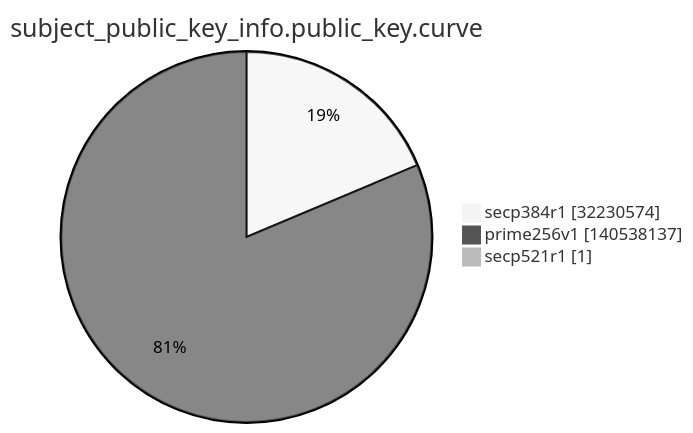
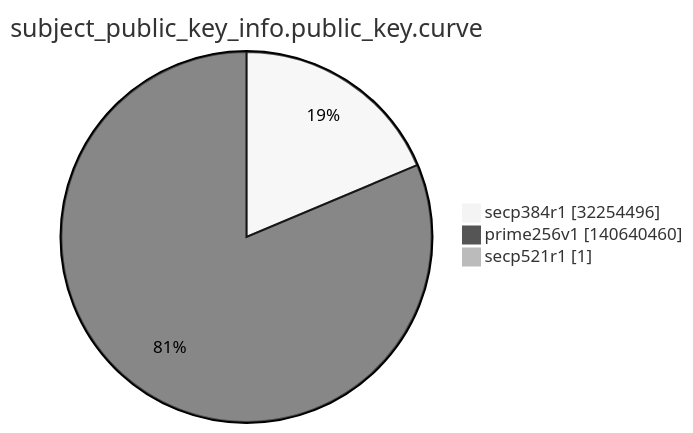
One commit to christiankrug/ctmonitor_visualization changed the ninth of 15 diagrams in argon2022/README.md. Above: the diagram before and after it, drawn with Mermaid (neutral theme). The commit also changed other lines of this file, not shown here.

````diff
--- a/argon2022/README.md
+++ b/argon2022/README.md
@@ -2762,7 +2762,7 @@
 ```mermaid
 pie showData
 title subject_public_key_info.public_key.curve
-"secp384r1" :32230574
-"prime256v1" :140538137
+"secp384r1" :32254496
+"prime256v1" :140640460
 "secp521r1" :1
 ```
````
